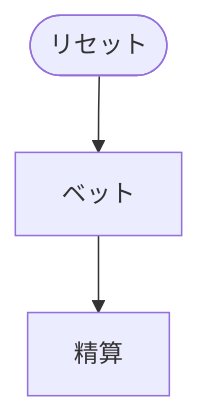
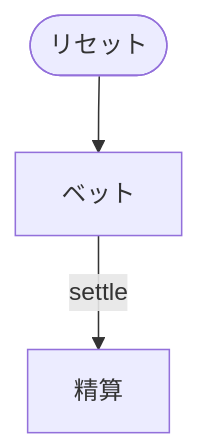
One commit to yuta-yoshinaga/go_trumpcards changed the diagram in docs/manual/web/niuniu.md. Above: the diagram before and after it, drawn with Mermaid. The commit also changed 53 other files, not shown here.

````diff
--- a/docs/manual/web/niuniu.md
+++ b/docs/manual/web/niuniu.md
@@ -29,5 +29,7 @@
 ```mermaid
 flowchart TD
     S(["リセット"]) --> P0
-    P0["ベット"] --> P1["精算"]
+    P0["ベット"]
+    P1["精算"]
+    P0 -->|settle| P1
 ```
````
